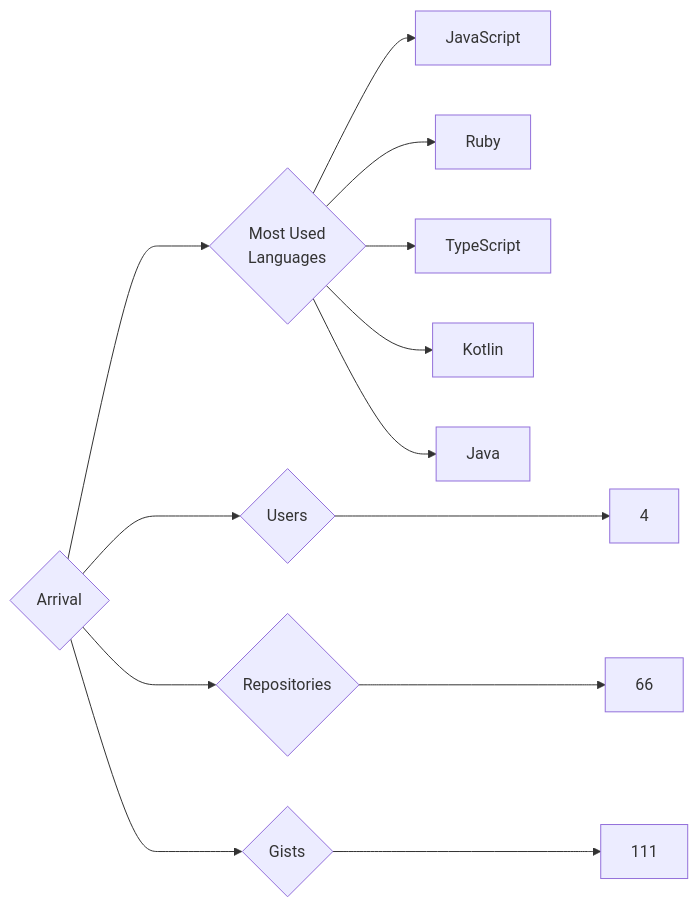
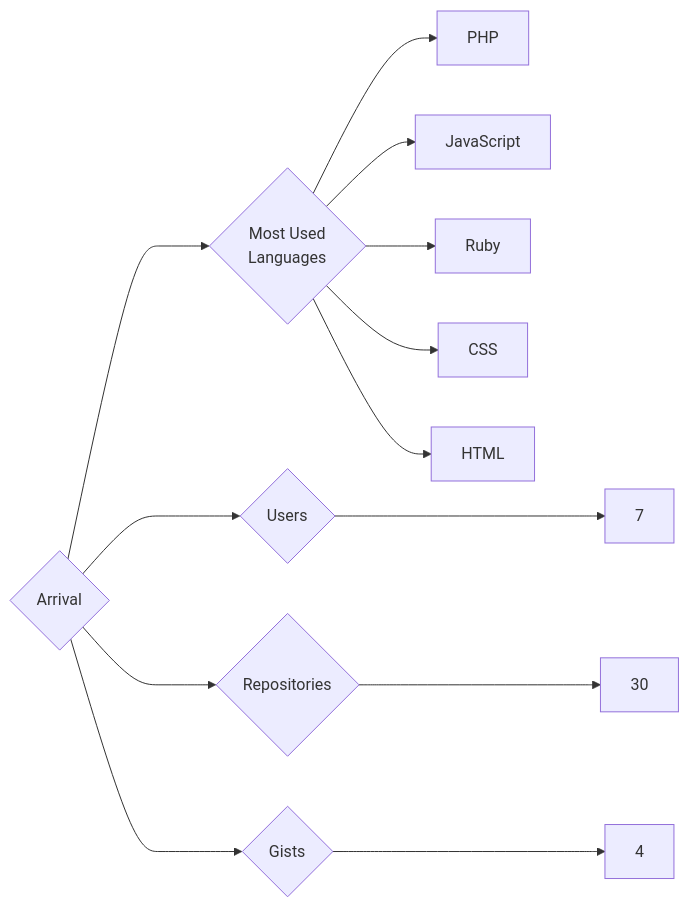
Before and after one commit to trickest/insiders: the diagram in targets/Arrival/README.md, drawn with Mermaid. The commit also changed 1149 other files, not shown here.

````diff
--- a/targets/Arrival/README.md
+++ b/targets/Arrival/README.md
@@ -3,13 +3,13 @@
 ```mermaid
 graph LR
 COMPANY_NAME{Arrival}
-COMPANY_NAME ---> U{Users} ---> UN[4]
-COMPANY_NAME ---> R{Repositories} ---> RN[66]
-COMPANY_NAME ---> G{Gists} ---> GN[111]
+COMPANY_NAME ---> U{Users} ---> UN[7]
+COMPANY_NAME ---> R{Repositories} ---> RN[30]
+COMPANY_NAME ---> G{Gists} ---> GN[4]
 COMPANY_NAME ---> ML{Most Used<br>Languages}
+ML --> PHP[PHP]
 ML --> JavaScript[JavaScript]
 ML --> Ruby[Ruby]
-ML --> TypeScript[TypeScript]
-ML --> Kotlin[Kotlin]
-ML --> Java[Java]
+ML --> CSS[CSS]
+ML --> HTML[HTML]
 ```
````
